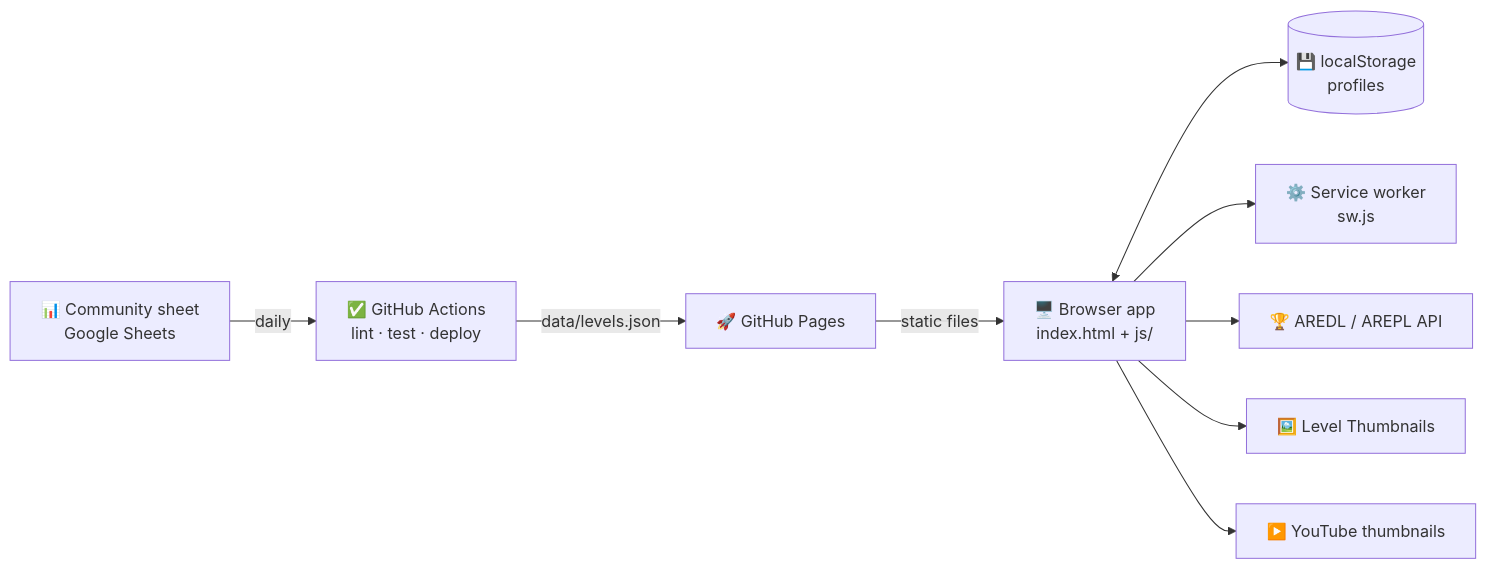
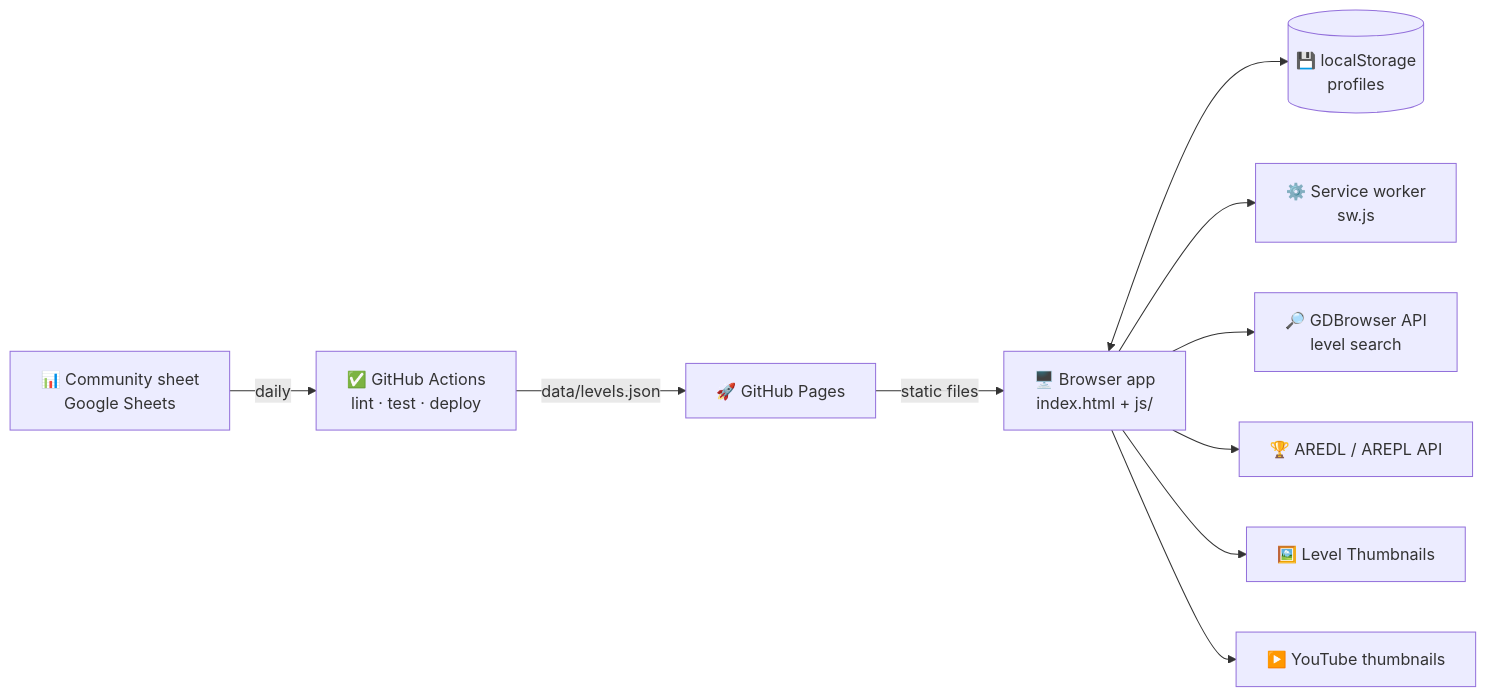
The diagram in README.md (Wal-014/Personal-Progress-List), drawn with Mermaid before and after one commit. The commit also changed other lines of this file and 11 other files, not shown here.

Commit message:
Search levels on GDBrowser and fill the level fields from the picked result

````diff
--- a/README.md
+++ b/README.md
@@ -42,11 +43,12 @@
 ```mermaid
 flowchart LR
     GS["📊 Community sheet<br/>Google Sheets"] -->|daily| CI
     CI["✅ GitHub Actions<br/>lint · test · deploy"] -->|data/levels.json| GH
     GH["🚀 GitHub Pages"] -->|static files| B["🖥️ Browser app<br/>index.html + js/"]
     B <--> LS[("💾 localStorage<br/>profiles")]
     B --> SW["⚙️ Service worker<br/>sw.js"]
+    B --> G["🔎 GDBrowser API<br/>level search"]
     B --> A["🏆 AREDL / AREPL API"]
     B --> T["🖼️ Level Thumbnails"]
     B --> Y["▶️ YouTube thumbnails"]
 ```
````
